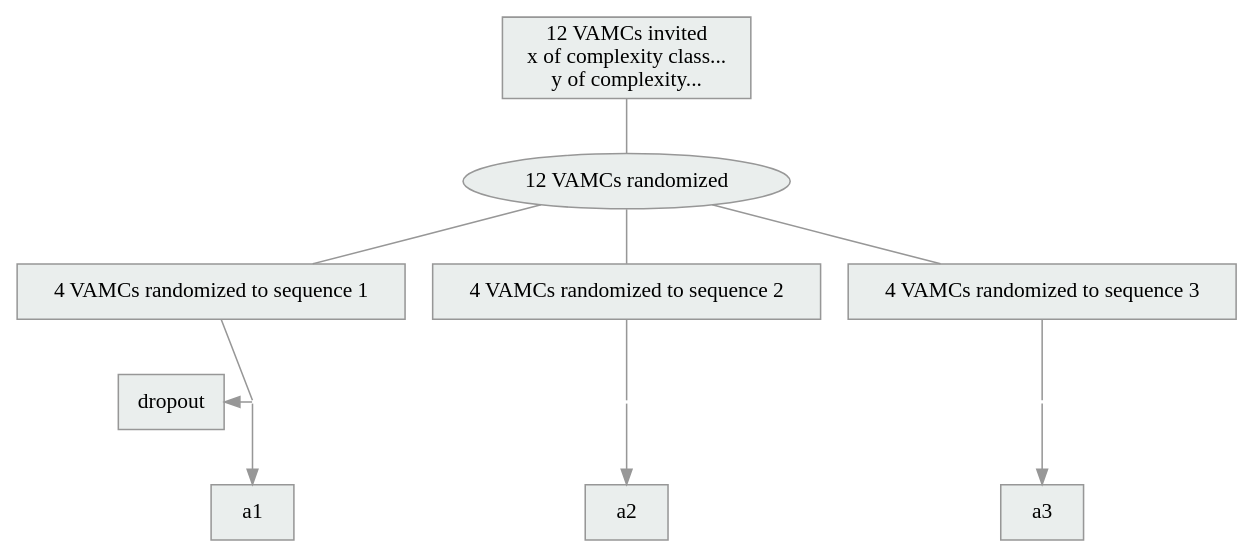
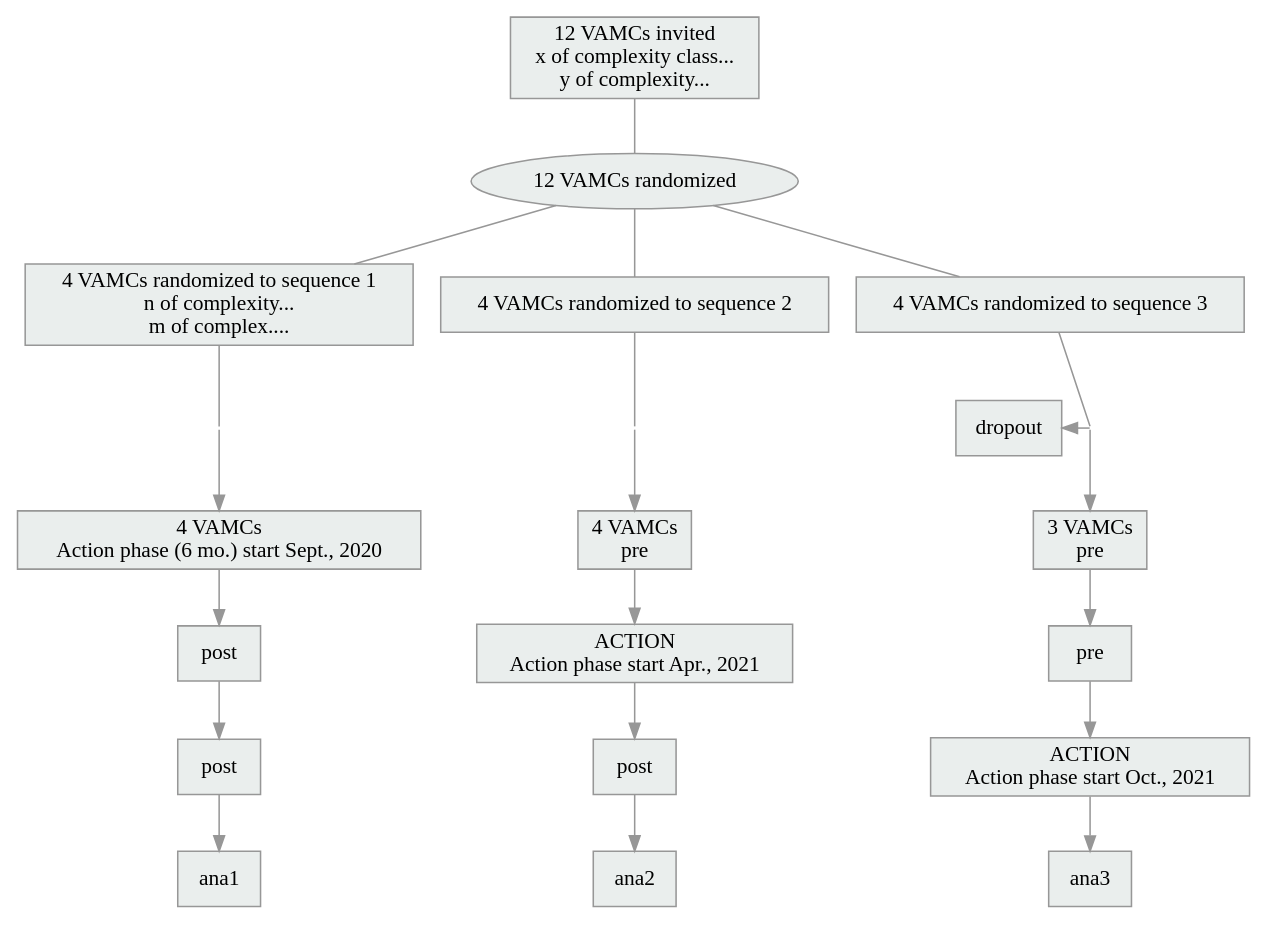
Before and after one commit to zimolzak/instruct-project-etrigger-sql: the diagram in advanced/consort-like.dot, drawn with Graphviz.

Commit message:
lot more about sequences

```diff
--- a/advanced/consort-like.dot
+++ b/advanced/consort-like.dot
@@ -1,72 +1,82 @@
 digraph  {
 
-node [style=filled, fillcolor="#EAEEED", fontname="Trebuchet MS", color="#979797"]
+node [style=filled, fillcolor="#EAEEED", fontname="Trebuchet MS", color="#979797", shape=rectangle]
 edge [color="#979797"]
+
+
+
 
 # Top nodes
 
 root [shape=rectangle, label="12 VAMCs invited\nx of complexity class...\ny of complexity...", style=filled, fillcolor="#EAEEED"];
 
-randomize [label="12 VAMCs randomized"];
+randomize [label="12 VAMCs randomized", shape=ellipse];
 
-c1 [shape=rectangle, label="4 VAMCs randomized to sequence 1"];
+c1 [shape=rectangle, label="4 VAMCs randomized to sequence 1\nn of complexity...\nm of complex...."];
 c2 [shape=rectangle, label="4 VAMCs randomized to sequence 2"];
 c3 [shape=rectangle, label="4 VAMCs randomized to sequence 3"];
-
 
 
 
 
 # Edges
 
 root -> randomize [arrowhead="none"];
 randomize -> c1 [arrowhead="none"];
 randomize -> c2 [arrowhead="none"];
 randomize -> c3 [arrowhead="none"];
 
 
 
 
-########
-# subgraph bottom_part {
-# splines = ortho;
+# Bottom nodes
 
 dropout [shape=rectangle];  # Order matters!
 
 n1 [fixedsize = true,
 			height = 0,
 			shape = point,
 			style = invis,
 			shape = point];
 n2 [fixedsize = true,
 			height = 0,
 			shape = point,
 			style = invis,
 			shape = point];
 n3 [fixedsize = true,
 			height = 0,
 			shape = point,
 			style = invis,
 			shape = point];
 
-a1 [shape=rectangle];
-a2 [shape=rectangle];
-a3 [shape=rectangle];
+a1 [shape=rectangle, label="4 VAMCs\nAction phase (6 mo.) start Sept., 2020"];
+a2 [shape=rectangle, label="4 VAMCs\npre"];
+a3 [shape=rectangle, label="3 VAMCs\npre"];
 
-# Edges
+apr1 [label="post"]
+apr2 [label="ACTION\nAction phase start Apr., 2021"]
+apr3 [label="pre"]
+
+oct1 [label="post"]
+oct2 [label="post"]
+oct3 [label="ACTION\nAction phase start Oct., 2021"]
+
+
+
+# Bottom Edges
 
 c1 -> n1 [arrowhead = "none"];
 c2 -> n2 [arrowhead = "none"];
 c3 -> n3 [arrowhead = "none"];
 
-n1 -> a1;
-n2 -> a2;
-n3 -> a3;
+n1 -> a1 -> apr1 -> oct1 -> ana1;
+n2 -> a2 -> apr2 -> oct2 -> ana2;
+n3 -> a3 -> apr3 -> oct3 -> ana3;
 
-c1 -> dropout [style = invis];  # ad hoc
-n1 -> dropout [constraint = false];
-dropout -> a1 [style = invis, constraint = false];  # ad hoc
+c3 -> dropout [style = invis];  # ad hoc
+n3 -> dropout [constraint = false];
+dropout -> a3 [style = invis, constraint = false];  # ad hoc
 
 # }
 
 }
```
